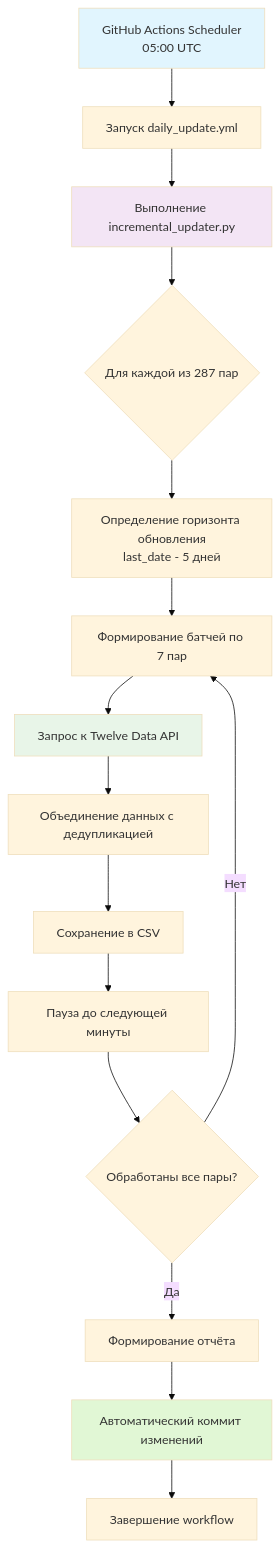
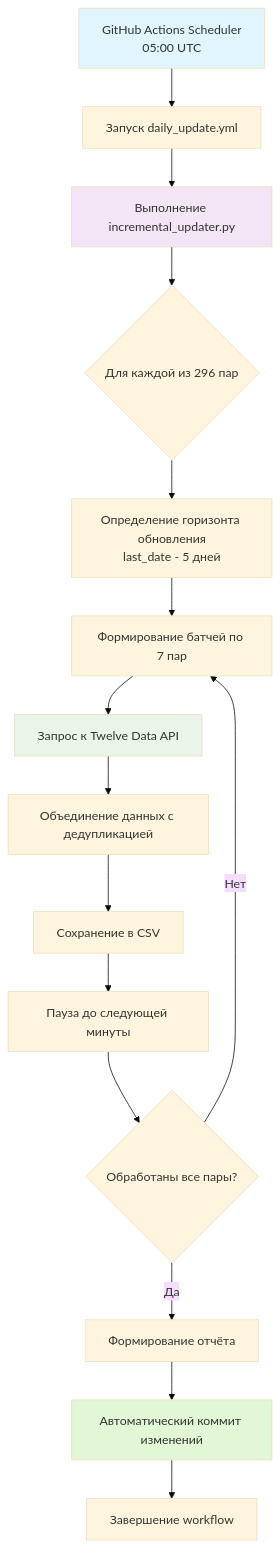
Before and after one commit to prog815/abscur3: the first of 2 diagrams in scripts/daily_update/README.md, drawn with Mermaid (base theme). The commit also changed other lines of this file and 2 other files, not shown here.

First line of the commit message:
prod: переход от тестового режима (10 пар) к полному обновлению 296 пар

````diff
--- a/scripts/daily_update/README.md
+++ b/scripts/daily_update/README.md
@@ -53,24 +38,24 @@
 ```mermaid
 graph TD
     A[GitHub Actions Scheduler<br/>05:00 UTC] --> B[Запуск daily_update.yml]
     B --> C[Выполнение incremental_updater.py]
     
-    C --> D{Для каждой из 287 пар}
+    C --> D{Для каждой из 296 пар}
     D --> E[Определение горизонта обновления<br/>last_date - 5 дней]
     E --> F[Формирование батчей по 7 пар]
     F --> G[Запрос к Twelve Data API]
     G --> H[Объединение данных с дедупликацией]
     H --> I[Сохранение в CSV]
     
     I --> J[Пауза до следующей минуты]
     J --> K{Обработаны все пары?}
     K -->|Нет| F
     K -->|Да| L[Формирование отчёта]
     L --> M[Автоматический коммит изменений]
     M --> N[Завершение workflow]
     
     style A fill:#e1f5fe
     style C fill:#f3e5f5
     style G fill:#e8f5e8
     style M fill:#e1f7d5
 ```
````
